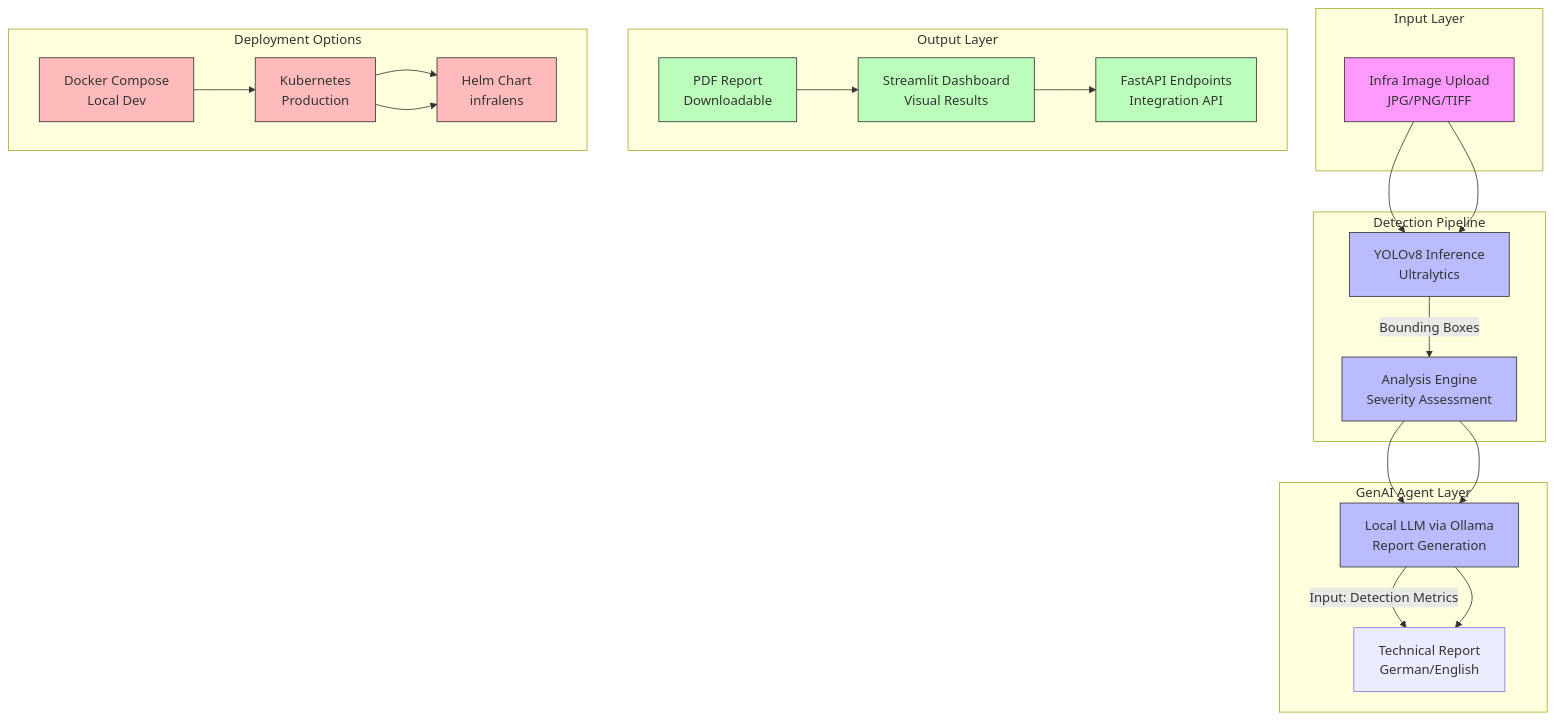
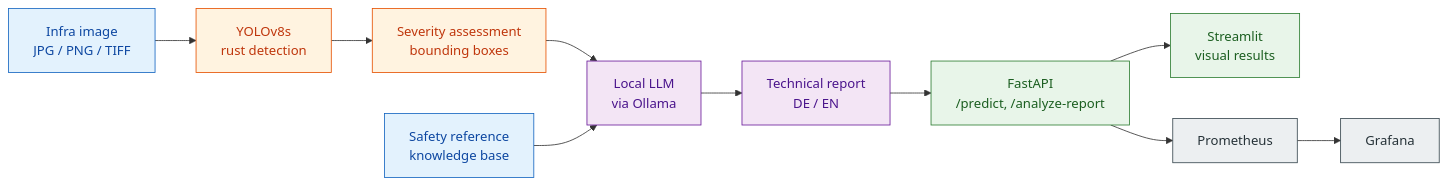
The diagram in README.md (ksnishat/infralens), drawn with Mermaid before and after one commit.

Commit message:
docs: redesign the architecture diagram so it renders as a pipeline
The diagram had a disconnected Deployment subgraph with no edges to the rest, so
Mermaid laid it out independently and GitHub rendered it floating away from the
pipeline with no reading order.

Replaced with a single connected left-to-right flow: image -> detection ->
severity -> LLM report -> API -> UI/monitoring. Verified by rendering the exact
block from this README with mermaid-cli.

````diff
--- a/README.md
+++ b/README.md
@@ -45,48 +45,24 @@
 ```mermaid
-graph TD
-    %% Input
-    subgraph Input[Input Layer]
-        Image[Infra Image Upload<br/>JPG/PNG/TIFF]
-    end
-    
-    %% Detection
-    subgraph Detection[Detection Pipeline]
-        YOLO[YOLOv8 Inference<br/>Ultralytics] -->|Bounding Boxes| Analysis[Analysis Engine<br/>Severity Assessment]
-        Image --> YOLO
-    end
-    
-    %% AI Agent
-    subgraph Agent[GenAI Agent Layer]
-        Ollama[Local LLM via Ollama<br/>Report Generation] -->|Input: Detection Metrics| Report[Technical Report<br/>German/English]
-        Analysis --> Ollama
-    end
-    
-    %% Outputs
-    subgraph Output[Output Layer]
-        UI[Streamlit Dashboard<br/>Visual Results]
-        PDF[PDF Report<br/>Downloadable]
-        API[FastAPI Endpoints<br/>Integration API]
-    end
-    
-    %% Deployment
-    subgraph Deployment[Deployment Options]
-        Docker[Docker Compose<br/>Local Dev] --> K8s[Kubernetes<br/>Production]
-        K8s --> Helm[Helm Chart<br/>infralens]
-    end
-    
-    Image --> YOLO
-    Analysis --> Ollama
-    Ollama --> Report
-    UI --> API
-    PDF --> UI
-    K8s --> Helm
-    
-    classDef input fill:#f9f,stroke:#333;
-    classDef service fill:#bbf,stroke:#333;
-    classDef output fill:#bfb,stroke:#333;
-    classDef deploy fill:#fbb,stroke:#333;
-    class Image input;
-    class YOLO,Analysis,Ollama service;
-    class UI,PDF,API output;
-    class Docker,K8s,Helm deploy;
+flowchart LR
+    IMG["Infra image<br/>JPG / PNG / TIFF"] --> YOLO["YOLOv8s<br/>rust detection"]
+    YOLO --> ANALYSIS["Severity assessment<br/>bounding boxes"]
+    ANALYSIS --> LLM["Local LLM<br/>via Ollama"]
+    KB["Safety reference<br/>knowledge base"] --> LLM
+    LLM --> REPORT["Technical report<br/>DE / EN"]
+    REPORT --> API["FastAPI<br/>/predict, /analyze-report"]
+    API --> UI["Streamlit<br/>visual results"]
+    API --> Prom["Prometheus"]
+    Prom --> Graf["Grafana"]
+
+    classDef data fill:#e3f2fd,stroke:#1565c0,stroke-width:1px,color:#0d47a1
+    classDef train fill:#fff3e0,stroke:#e65100,stroke-width:1px,color:#bf360c
+    classDef track fill:#f3e5f5,stroke:#6a1b9a,stroke-width:1px,color:#4a148c
+    classDef serve fill:#e8f5e9,stroke:#2e7d32,stroke-width:1px,color:#1b5e20
+    classDef observe fill:#eceff1,stroke:#37474f,stroke-width:1px,color:#263238
+
+    class IMG,KB data
+    class YOLO,ANALYSIS train
+    class LLM,REPORT track
+    class API,UI serve
+    class Prom,Graf observe
 ```
````
